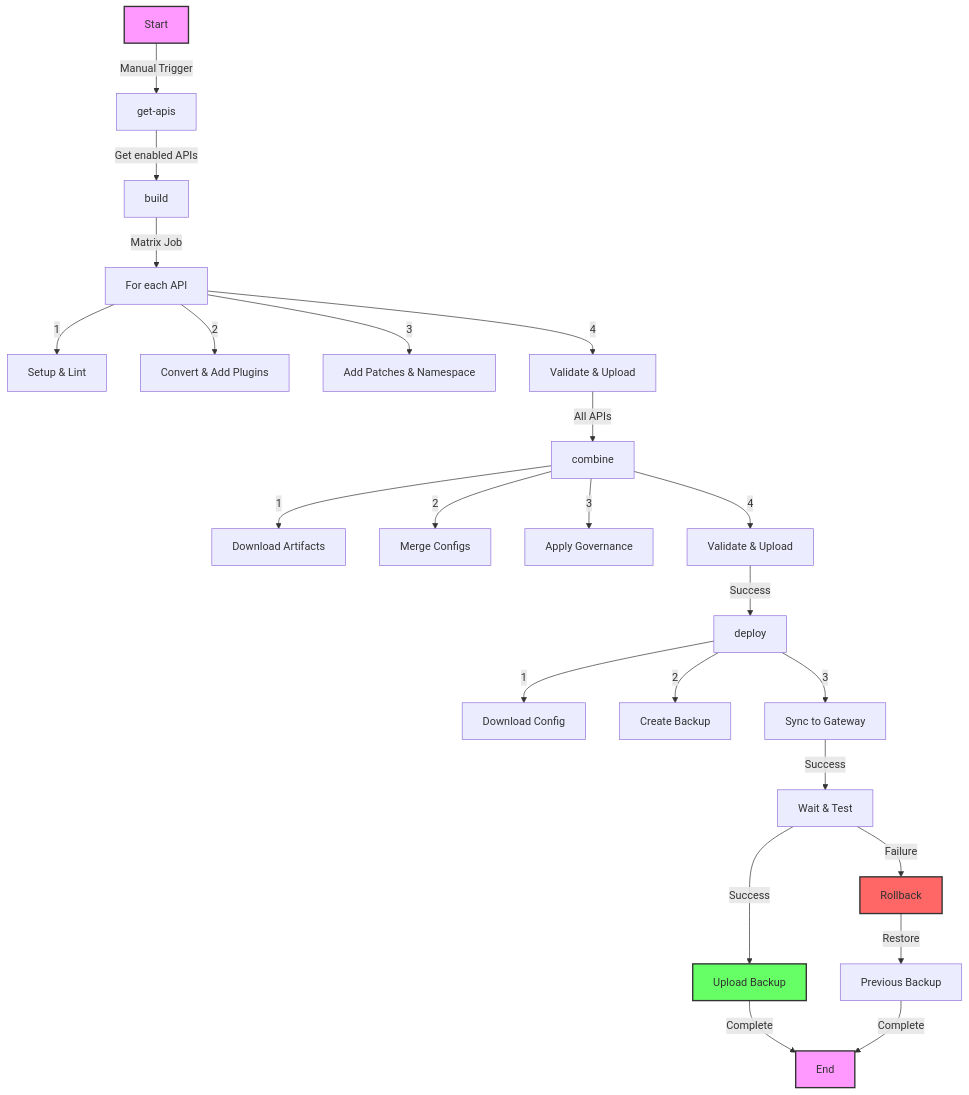
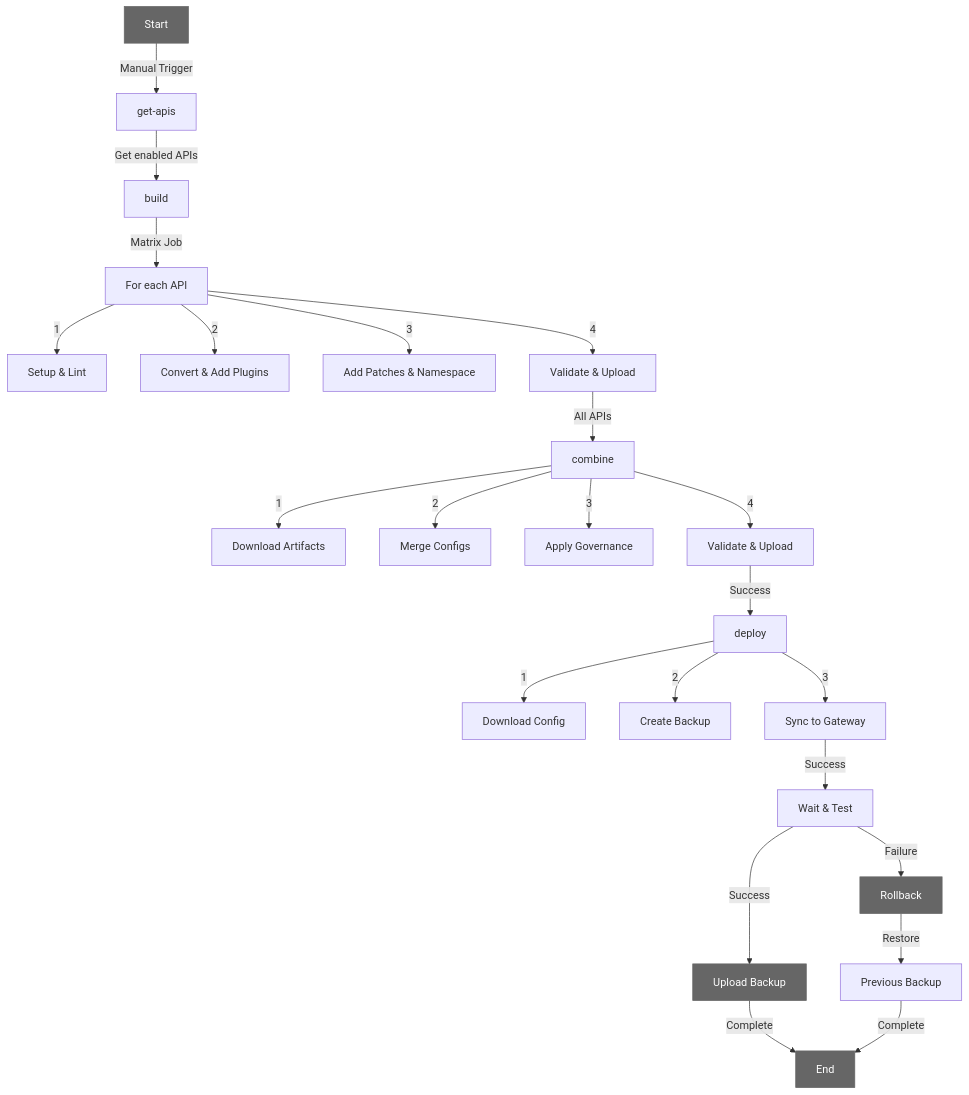
One commit to pantsel/mt-apiops-example changed the diagram in README.md. Above: the diagram before and after it, drawn with Mermaid.

````diff
--- a/README.md
+++ b/README.md
@@ -116,30 +116,30 @@
 ```mermaid
 graph TD
     A[Start] -->|Manual Trigger| B[get-apis]
     B -->|Get enabled APIs| C[build]
     C -->|Matrix Job| D[For each API]
     D -->|1| E[Setup & Lint]
     D -->|2| F[Convert & Add Plugins]
     D -->|3| G[Add Patches & Namespace]
     D -->|4| H[Validate & Upload]
     H -->|All APIs| I[combine]
     I -->|1| J[Download Artifacts]
     I -->|2| K[Merge Configs]
     I -->|3| L[Apply Governance]
     I -->|4| M[Validate & Upload]
     M -->|Success| N[deploy]
     N -->|1| O[Download Config]
     N -->|2| P[Create Backup]
     N -->|3| Q[Sync to Gateway]
     Q -->|Success| R[Wait & Test]
     R -->|Success| S[Upload Backup]
     R -->|Failure| T[Rollback]
     T -->|Restore| U[Previous Backup]
     S -->|Complete| V[End]
     U -->|Complete| V[End]
 
-    style A fill:#f9f,stroke:#333,stroke-width:2px
-    style V fill:#f9f,stroke:#333,stroke-width:2px
-    style T fill:#f66,stroke:#333,stroke-width:2px
-    style S fill:#6f6,stroke:#333,stroke-width:2px
+    style A fill:#666,stroke:#666,stroke-width:1px,color:#fff
+    style V fill:#666,stroke:#666,stroke-width:1px,color:#fff
+    style T fill:#666,stroke:#666,stroke-width:1px,color:#fff
+    style S fill:#666,stroke:#666,stroke-width:1px,color:#fff
 ```
````
